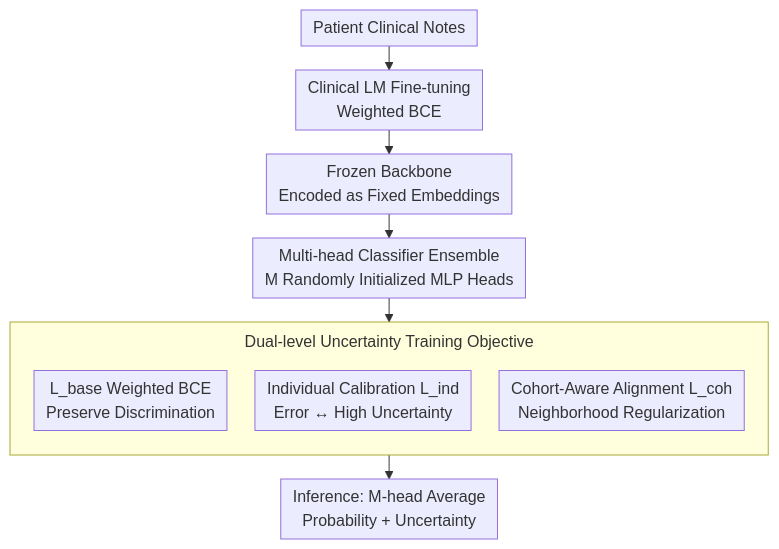
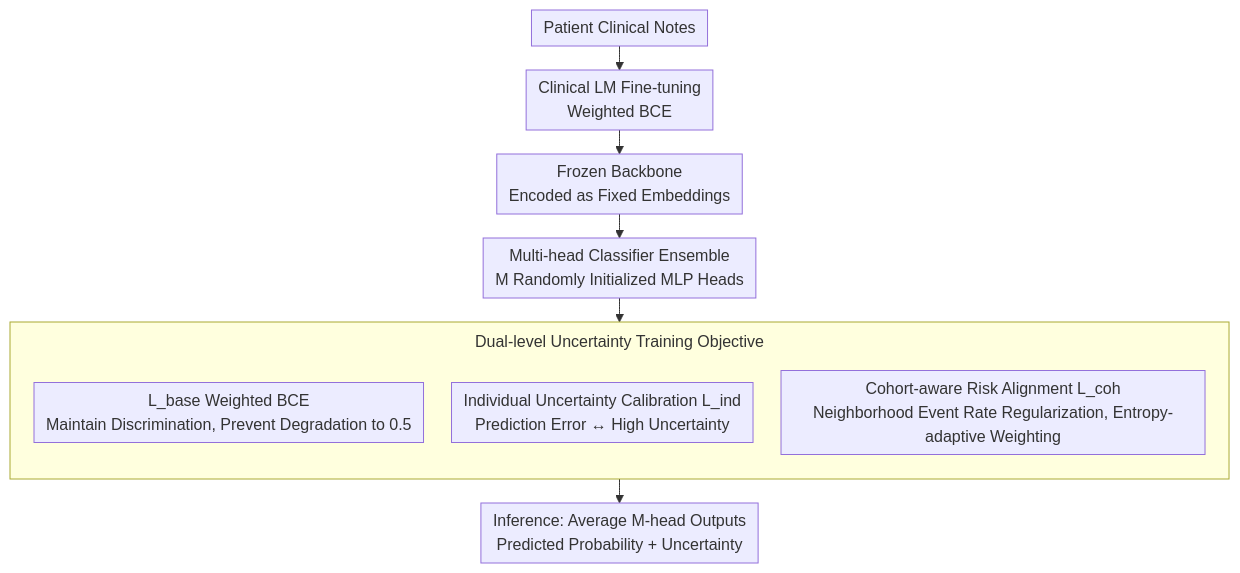
The diagram in docs/ACL2026/medical_nlp/cura_clinical_uncertainty_risk_alignment_for_language_model-based_risk_predictio.md (zhaoyang97/Paper-Notes-en), drawn with Mermaid before and after one commit. The commit also changed other lines of this file and 5084 other files, not shown here.

````diff
--- a/docs/ACL2026/medical_nlp/cura_clinical_uncertainty_risk_alignment_for_language_model-based_risk_predictio.md
+++ b/docs/ACL2026/medical_nlp/cura_clinical_uncertainty_risk_alignment_for_language_model-based_risk_predictio.md
@@ -42,15 +42,15 @@
 ```mermaid
 %%{init: {'flowchart': {'rankSpacing': 24, 'nodeSpacing': 28, 'padding': 6, 'wrappingWidth': 400, 'subGraphTitleMargin': {'top': 8, 'bottom': 16}}}}%%
 flowchart TD
     A["Patient Clinical Notes"] --> B["Clinical LM Fine-tuning<br/>Weighted BCE"]
     B --> C["Frozen Backbone<br/>Encoded as Fixed Embeddings"]
     C --> D["Multi-head Classifier Ensemble<br/>M Randomly Initialized MLP Heads"]
     subgraph LOSS["Dual-level Uncertainty Training Objective"]
         direction TB
-        F["L_base Weighted BCE<br/>Preserve Discrimination"]
-        G["Individual Calibration L_ind<br/>Error ↔ High Uncertainty"]
-        H["Cohort-Aware Alignment L_coh<br/>Neighborhood Regularization"]
+        F["L_base Weighted BCE<br/>Maintain Discrimination, Prevent Degradation to 0.5"]
+        G["Individual Uncertainty Calibration L_ind<br/>Prediction Error ↔ High Uncertainty"]
+        H["Cohort-aware Risk Alignment L_coh<br/>Neighborhood Event Rate Regularization, Entropy-adaptive Weighting"]
     end
     D --> LOSS
-    LOSS --> I["Inference: M-head Average<br/>Probability + Uncertainty"]
+    LOSS --> I["Inference: Average M-head Outputs<br/>Predicted Probability + Uncertainty"]
 ```
````
